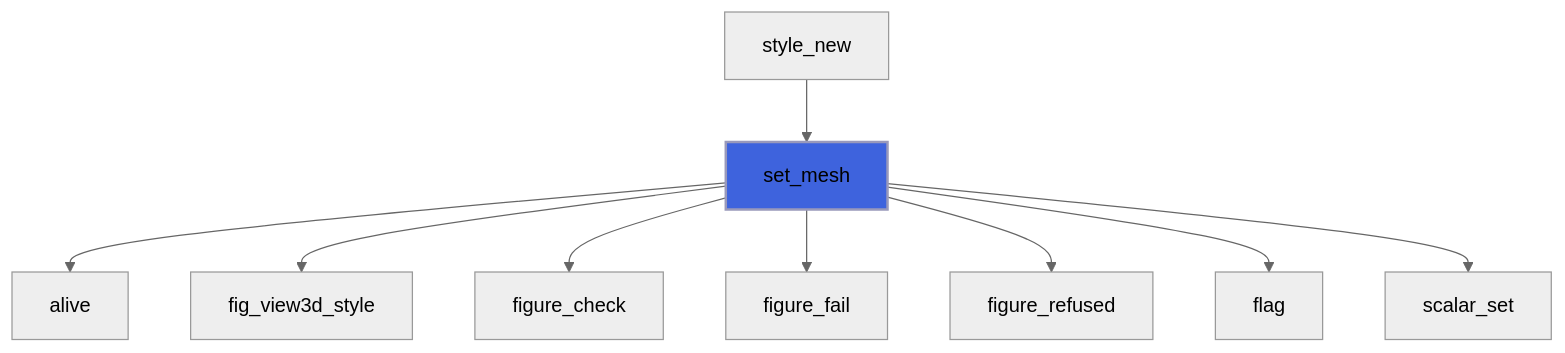
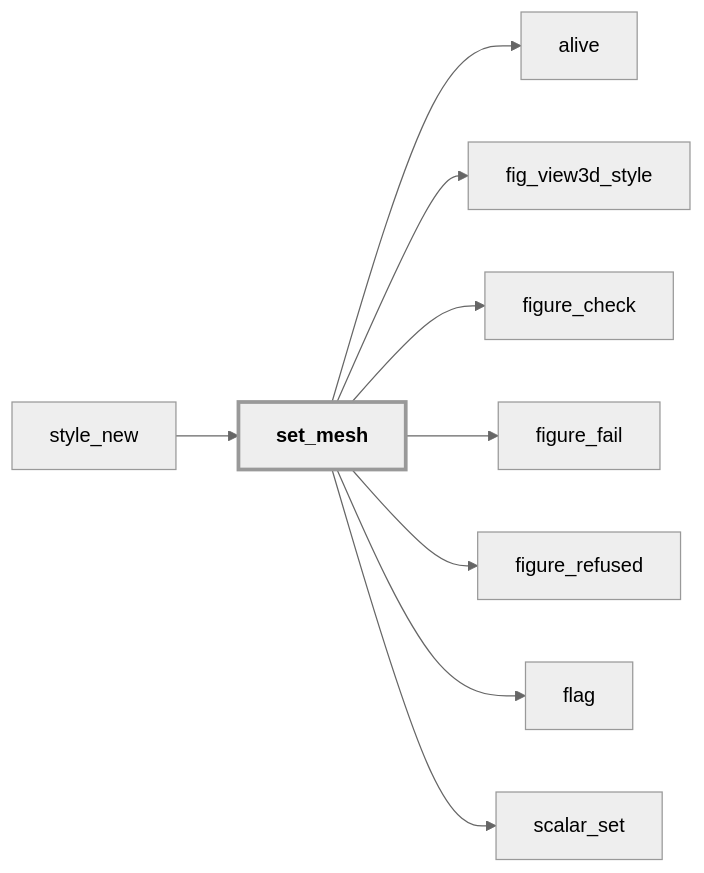
The fourth of 39 diagrams in docs/api/src/lib/figure_view3d.md (szaghi/figure), drawn with Mermaid (neutral theme) before and after one commit. The commit also changed other lines of this file and 54 other files, not shown here.

````diff
--- a/docs/api/src/lib/figure_view3d.md
+++ b/docs/api/src/lib/figure_view3d.md
@@ -280,12 +319,21 @@
 ```mermaid
-flowchart TD
+flowchart LR
   style_new["style_new"] --> set_mesh["set_mesh"]
   set_mesh["set_mesh"] --> alive["alive"]
   set_mesh["set_mesh"] --> fig_view3d_style["fig_view3d_style"]
   set_mesh["set_mesh"] --> figure_check["figure_check"]
   set_mesh["set_mesh"] --> figure_fail["figure_fail"]
   set_mesh["set_mesh"] --> figure_refused["figure_refused"]
   set_mesh["set_mesh"] --> flag["flag"]
   set_mesh["set_mesh"] --> scalar_set["scalar_set"]
-  style set_mesh fill:#3e63dd,stroke:#99b,stroke-width:2px
+  classDef focus stroke-width:3px,font-weight:bold
+  class set_mesh focus
+  click style_new href "#style-new" "style_new"
+  click figure_refused href "figure_base.html#figure-refused" "figure_refused"
+  click alive href "#alive" "alive"
+  click scalar_set href "#scalar-set" "scalar_set"
+  click figure_fail href "figure_base.html#figure-fail" "figure_fail"
+  click flag href "#flag" "flag"
+  click figure_check href "figure_base.html#figure-check" "figure_check"
+  click fig_view3d_style href "#fig-view3d-style" "fig_view3d_style"
 ```
````
